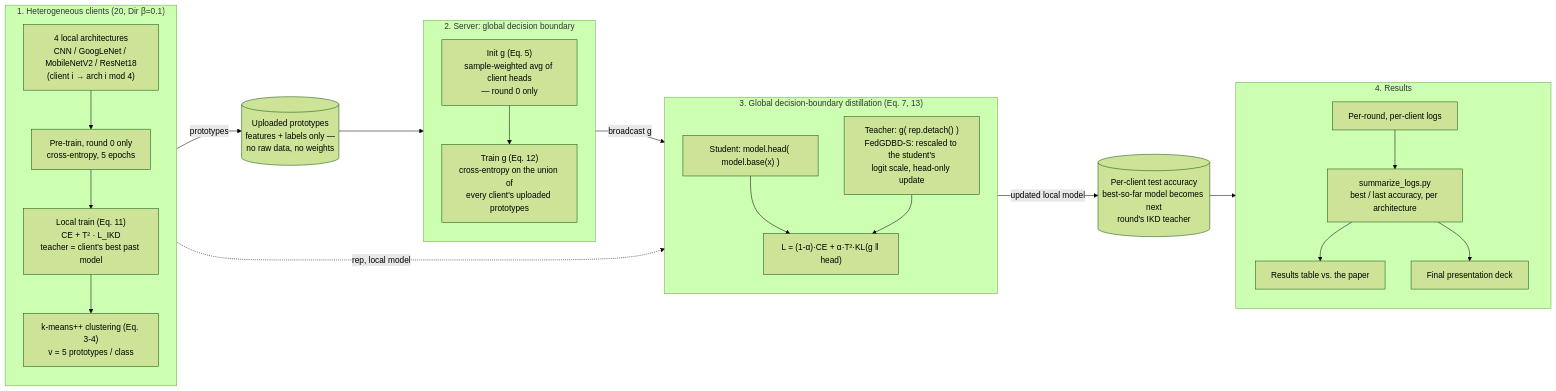
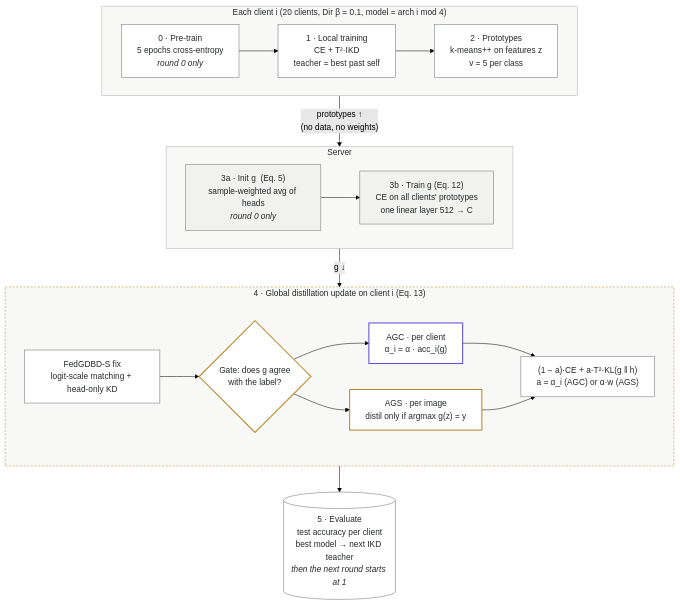
The diagram in README.md (md25052007/Fed-GDBD-for-HtFL), drawn with Mermaid (forest theme) before and after one commit. The commit also changed other lines of this file and 1 other file, not shown here.

Commit message:
Add REPRODUCTION.md, Mermaid architecture diagram, final evaluation deck

````diff
--- a/README.md
+++ b/README.md
@@ -84,47 +84,47 @@
 ```mermaid
-flowchart LR
-    subgraph CLIENTS["1. Heterogeneous clients (20, Dir β=0.1)"]
-        direction TB
-        ARCH["4 local architectures<br/>CNN / GoogLeNet / MobileNetV2 / ResNet18<br/>(client i → arch i mod 4)"]
-        PRETRAIN["Pre-train, round 0 only<br/>cross-entropy, 5 epochs"]
-        LOCAL["Local train (Eq. 11)<br/>CE + T² · L_IKD<br/>teacher = client's best past model"]
-        CLUSTER["k-means++ clustering (Eq. 3-4)<br/>v = 5 prototypes / class"]
-        ARCH --> PRETRAIN --> LOCAL --> CLUSTER
+flowchart TB
+    subgraph C["Each client i  (20 clients, Dir β = 0.1, model = arch i mod 4)"]
+        direction LR
+        P0["0 · Pre-train<br/>5 epochs cross-entropy<br/><i>round 0 only</i>"]
+        L["1 · Local training<br/>CE + T²·IKD<br/>teacher = best past self"]
+        K["2 · Prototypes<br/>k-means++ on features z<br/>v = 5 per class"]
+        P0 --> L --> K
     end
 
-    PROTOS[("Uploaded prototypes<br/>features + labels only —<br/>no raw data, no weights")]
-
-    subgraph SERVER["2. Server: global decision boundary"]
-        direction TB
-        INITG["Init g (Eq. 5)<br/>sample-weighted avg of client heads<br/>— round 0 only"]
-        TRAING["Train g (Eq. 12)<br/>cross-entropy on the union of<br/>every client's uploaded prototypes"]
-        INITG --> TRAING
+    subgraph S["Server"]
+        direction LR
+        G0["3a · Init g  (Eq. 5)<br/>sample-weighted avg of heads<br/><i>round 0 only</i>"]
+        G["3b · Train g  (Eq. 12)<br/>CE on all clients' prototypes<br/>one linear layer 512 → C"]
+        G0 --> G
     end
 
-    subgraph DISTILL["3. Global decision-boundary distillation (Eq. 7, 13)"]
-        direction TB
-        STUD["Student: model.head( model.base(x) )"]
-        TEACH["Teacher: g( rep.detach() )<br/>FedGDBD-S: rescaled to the student's<br/>logit scale, head-only update"]
-        KD["L = (1-α)·CE + α·T²·KL(g ‖ head)"]
-        STUD --> KD
-        TEACH --> KD
+    subgraph U["4 · Global distillation update on client i  (Eq. 13)"]
+        direction LR
+        FIX["FedGDBD-S fix<br/>logit-scale matching + head-only KD"]
+        GATE{"Gate: does g agree<br/>with the label?"}
+        AGC["AGC · per client<br/>α_i = α · acc_i(g)"]
+        AGS["AGS · per image<br/>distil only if argmax g(z) = y"]
+        LOSS["(1 − a)·CE + a·T²·KL(g ‖ h)<br/>a = α_i (AGC) or α·w (AGS)"]
+        FIX --> GATE
+        GATE --> AGC --> LOSS
+        GATE --> AGS --> LOSS
     end
 
-    EVAL[("Per-client test accuracy<br/>best-so-far model becomes next<br/>round's IKD teacher")]
+    E[("5 · Evaluate<br/>test accuracy per client<br/>best model → next IKD teacher<br/><i>then the next round starts at 1</i>")]
 
-    subgraph OUT["4. Results"]
-        direction TB
-        LOGS["Per-round, per-client logs"]
-        SUMM["summarize_logs.py<br/>best / last accuracy, per architecture"]
-        RTAB["Results table vs. the paper"]
-        DECK["Final presentation deck"]
-        LOGS --> SUMM --> RTAB
-        SUMM --> DECK
-    end
+    K -- "prototypes ↑<br/>(no data, no weights)" --> G
+    G -- "g ↓" --> FIX
+    LOSS --> E
 
-    CLIENTS -->|prototypes| PROTOS --> SERVER
-    SERVER -->|broadcast g| DISTILL
-    CLIENTS -.->|rep, local model| DISTILL
-    DISTILL -->|updated local model| EVAL
-    EVAL --> OUT
+    classDef base fill:#ffffff,stroke:#6E7377,color:#26292B
+    classDef server fill:#F1F2F0,stroke:#6E7377,color:#26292B
+    classDef novel fill:#ffffff,stroke:#B8892B,stroke-width:2px,color:#26292B
+    classDef agc fill:#ffffff,stroke:#6250D6,stroke-width:2px,color:#26292B
+    class P0,L,K,E,LOSS,FIX base
+    class G0,G server
+    class GATE,AGS novel
+    class AGC agc
+    style C fill:#F8F8F7,stroke:#AEB3B6,color:#26292B
+    style S fill:#F8F8F7,stroke:#AEB3B6,color:#26292B
+    style U fill:#F8F8F7,stroke:#B8892B,stroke-dasharray:4 3,color:#26292B
 ```
````
